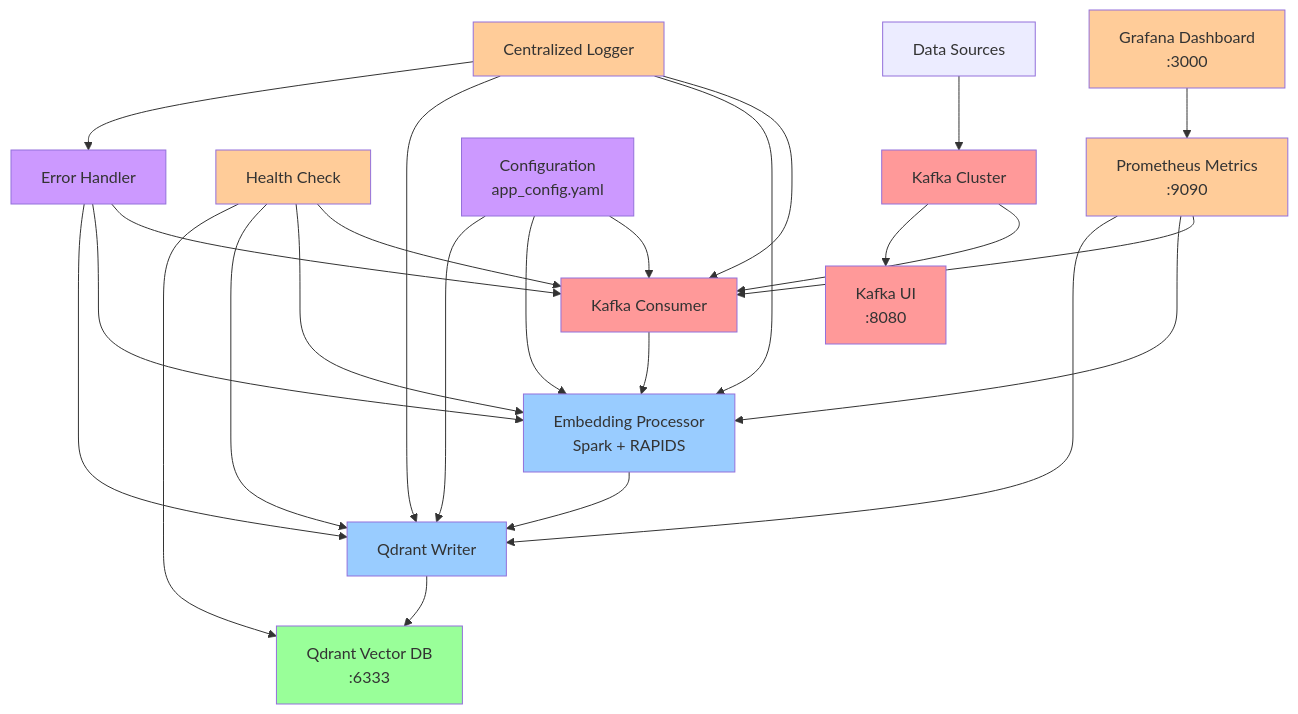
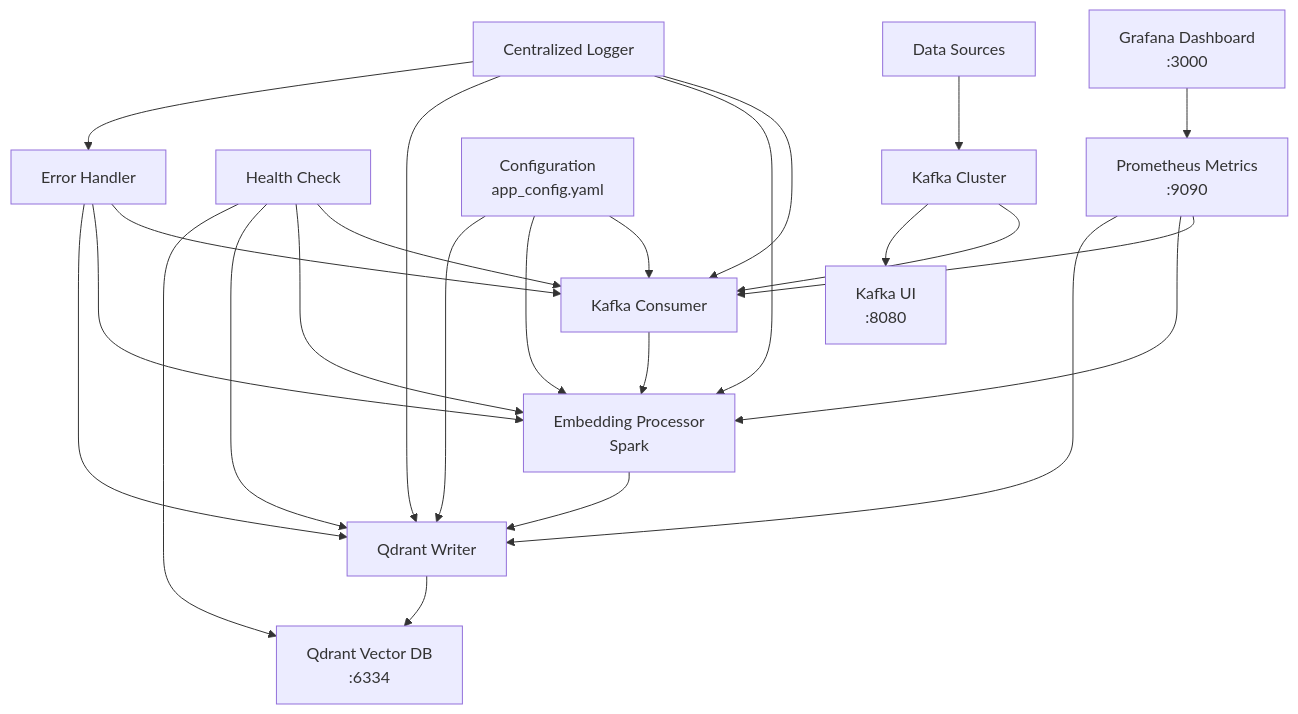
Before and after one commit to ahmetk3436/VectorStream: the diagram in docs/diagrams/system_architecture.md, drawn with Mermaid. The commit also changed 44 other files, not shown here.

````diff
--- a/docs/diagrams/system_architecture.md
+++ b/docs/diagrams/system_architecture.md
@@ -1,57 +1,51 @@
 ```mermaid
 graph TB
     %% External Data Sources
     DS[Data Sources] --> K[Kafka Cluster]
     
     %% Kafka Layer
     K --> KC[Kafka Consumer]
     K --> KUI[Kafka UI<br/>:8080]
     
     %% Processing Layer
-    KC --> EP[Embedding Processor<br/>Spark + RAPIDS]
+    KC --> EP[Embedding Processor<br/>Spark]
     EP --> QW[Qdrant Writer]
     
     %% Storage Layer
-    QW --> Q[Qdrant Vector DB<br/>:6333]
+    QW --> Q[Qdrant Vector DB<br/>:6334]
     
     %% Monitoring & Health
     HC[Health Check] --> KC
     HC --> EP
     HC --> QW
     HC --> Q
     
     PM[Prometheus Metrics<br/>:9090] --> KC
     PM --> EP
     PM --> QW
     
     G[Grafana Dashboard<br/>:3000] --> PM
     
     %% Configuration
     CONFIG[Configuration<br/>app_config.yaml] --> KC
     CONFIG --> EP
     CONFIG --> QW
     
     %% Error Handling
     EH[Error Handler] --> KC
     EH --> EP
     EH --> QW
     
     %% Logging
     LOG[Centralized Logger] --> KC
     LOG --> EP
     LOG --> QW
     LOG --> EH
     
-    %% Styling
-    classDef kafka fill:#ff9999
-    classDef processing fill:#99ccff
-    classDef storage fill:#99ff99
-    classDef monitoring fill:#ffcc99
-    classDef config fill:#cc99ff
     
     class K,KC,KUI kafka
     class EP,QW processing
     class Q storage
     class HC,PM,G,LOG monitoring
     class CONFIG,EH config
 ```
````
